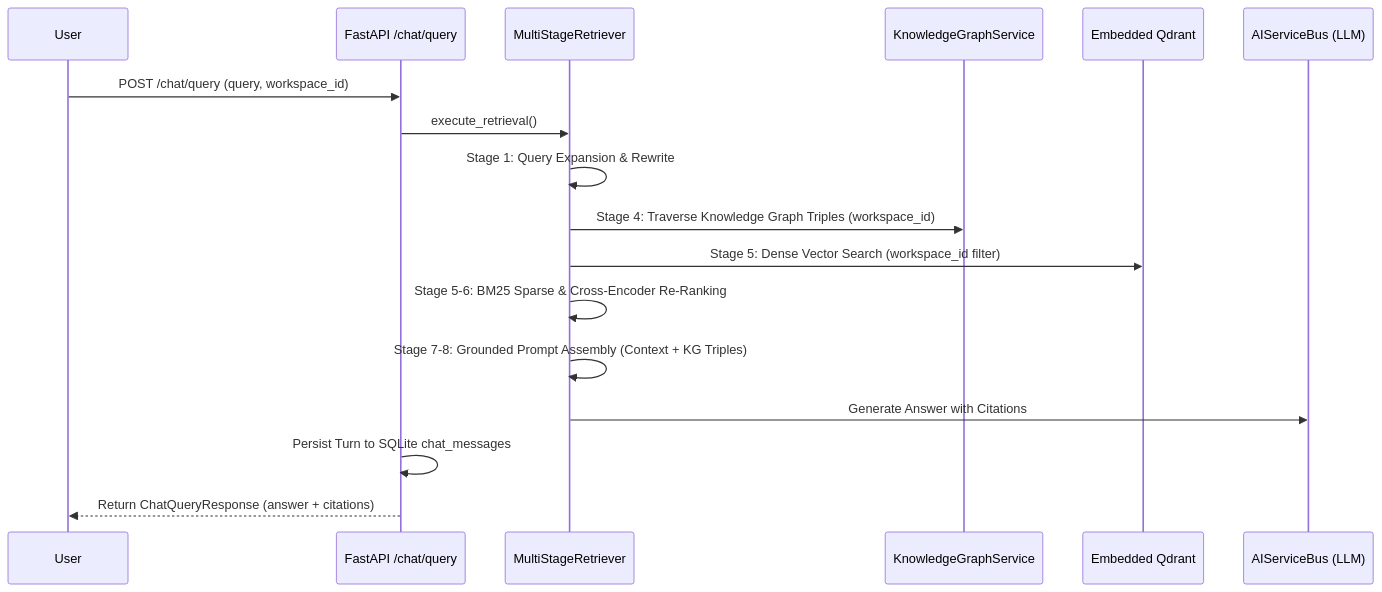
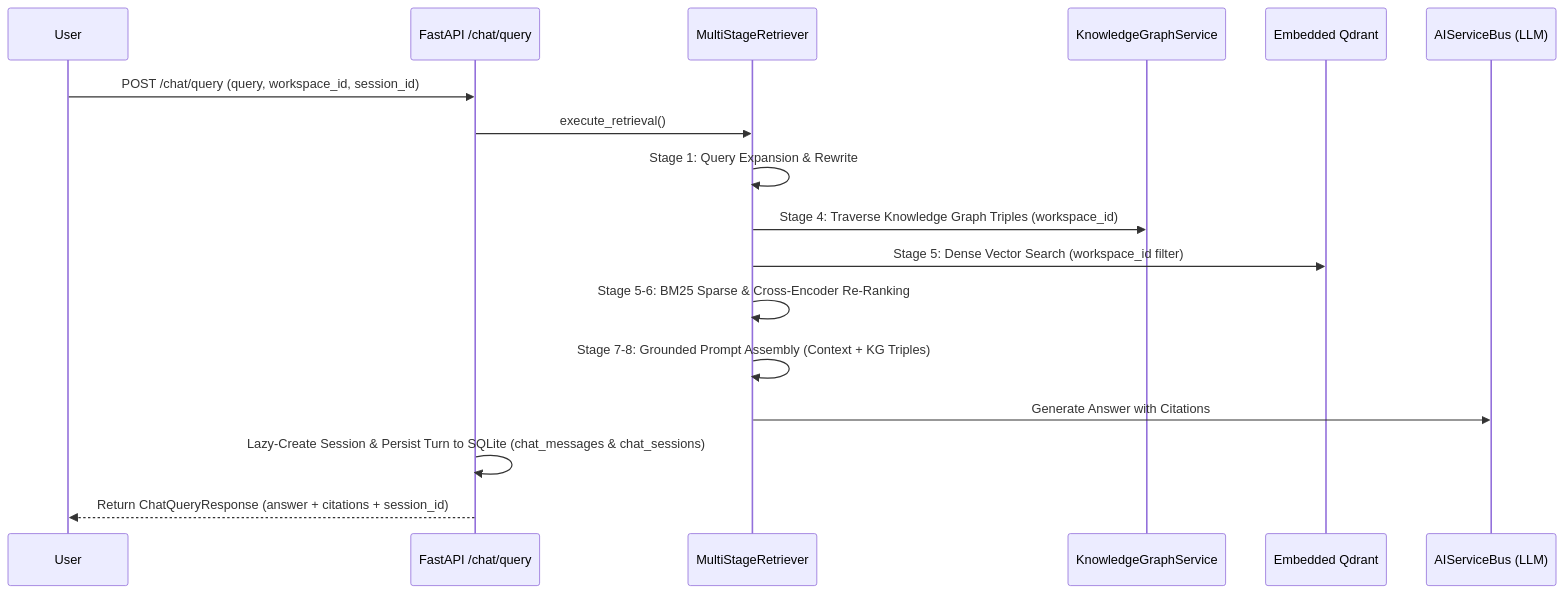
The second of 2 diagrams in docs/ARCHITECTURE.md (Famanias/athenus), drawn with Mermaid before and after one commit. The commit also changed other lines of this file and 5 other files, not shown here.

Commit message:
docs(architecture): update canonical documentation suite with multi-workspace and multi-session architecture (ADR 0006)

````diff
--- a/docs/ARCHITECTURE.md
+++ b/docs/ARCHITECTURE.md
@@ -68,20 +69,20 @@
 ```mermaid
 sequenceDiagram
     participant User
     participant API as FastAPI /chat/query
     participant RET as MultiStageRetriever
     participant KG as KnowledgeGraphService
     participant QDRANT as Embedded Qdrant
     participant LLM as AIServiceBus (LLM)
 
-    User->>API: POST /chat/query (query, workspace_id)
+    User->>API: POST /chat/query (query, workspace_id, session_id)
     API->>RET: execute_retrieval()
     RET->>RET: Stage 1: Query Expansion & Rewrite
     RET->>KG: Stage 4: Traverse Knowledge Graph Triples (workspace_id)
     RET->>QDRANT: Stage 5: Dense Vector Search (workspace_id filter)
     RET->>RET: Stage 5-6: BM25 Sparse & Cross-Encoder Re-Ranking
     RET->>RET: Stage 7-8: Grounded Prompt Assembly (Context + KG Triples)
     RET->>LLM: Generate Answer with Citations
-    API->>API: Persist Turn to SQLite chat_messages
-    API-->>User: Return ChatQueryResponse (answer + citations)
+    API->>API: Lazy-Create Session & Persist Turn to SQLite (chat_messages & chat_sessions)
+    API-->>User: Return ChatQueryResponse (answer + citations + session_id)
 ```
````
